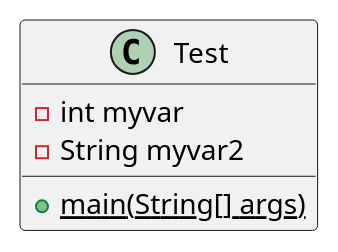
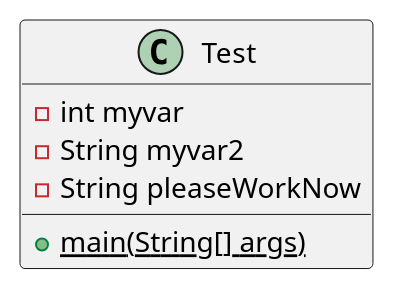
Before and after one commit to andrewdimmer/csi-3370-software-project-config-test: the diagram in docs/uml/test.puml, drawn with PlantUML.

```diff
--- a/docs/uml/test.puml
+++ b/docs/uml/test.puml
@@ -1,9 +1,10 @@
 @startuml test
 
 class Test {
     - int myvar
     - String myvar2
+    - String pleaseWorkNow
     {static} + main(String[] args)
 }
 
 @enduml
```
